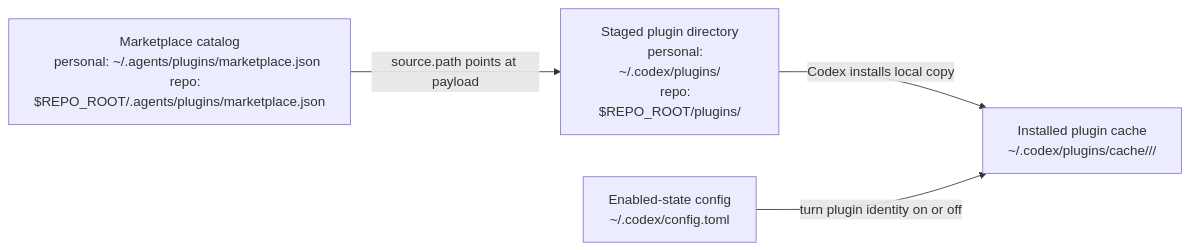
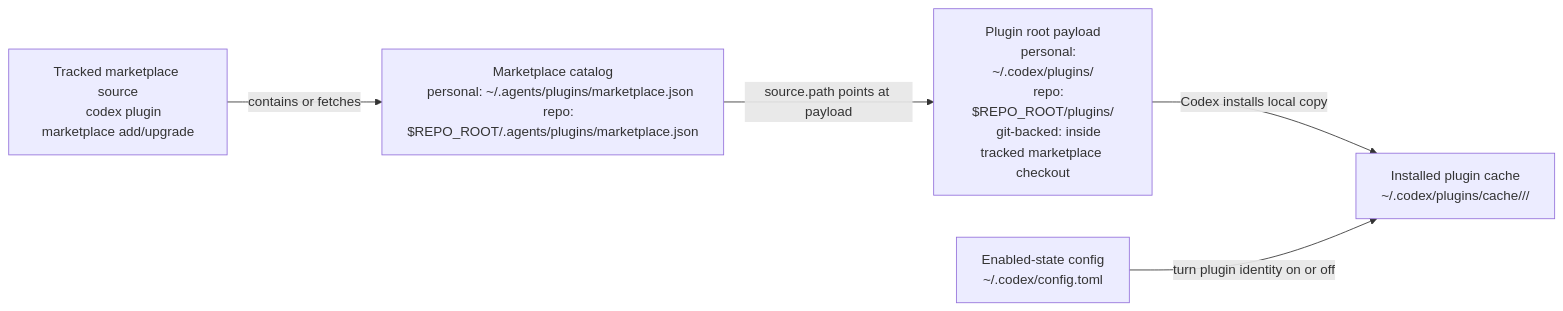
Before and after one commit to gaelic-ghost/socket: the diagram in plugins/agent-plugin-skills/docs/maintainers/codex-plugin-install-surfaces.md, drawn with Mermaid. The commit also changed other lines of this file and 23 other files, not shown here.

Commit message:
docs: prefer git-backed plugin installs

````diff
--- a/plugins/agent-plugin-skills/docs/maintainers/codex-plugin-install-surfaces.md
+++ b/plugins/agent-plugin-skills/docs/maintainers/codex-plugin-install-surfaces.md
@@ -39,12 +46,15 @@
 ```mermaid
 flowchart LR
-    A["Marketplace catalog
+    S["Tracked marketplace source
+    codex plugin marketplace add/upgrade"] -->|contains or fetches| A["Marketplace catalog
     personal: ~/.agents/plugins/marketplace.json
-    repo: $REPO_ROOT/.agents/plugins/marketplace.json"] -->|source.path points at payload| B["Staged plugin directory
+    repo: $REPO_ROOT/.agents/plugins/marketplace.json"]
+    A -->|source.path points at payload| B["Plugin root payload
     personal: ~/.codex/plugins/<plugin-name>
-    repo: $REPO_ROOT/plugins/<plugin-name>"]
+    repo: $REPO_ROOT/plugins/<plugin-name>
+    git-backed: inside tracked marketplace checkout"]
     B -->|Codex installs local copy| C["Installed plugin cache
     ~/.codex/plugins/cache/<marketplace>/<plugin>/<version>"]
     D["Enabled-state config
     ~/.codex/config.toml"] -->|turn plugin identity on or off| C
 ```
````
